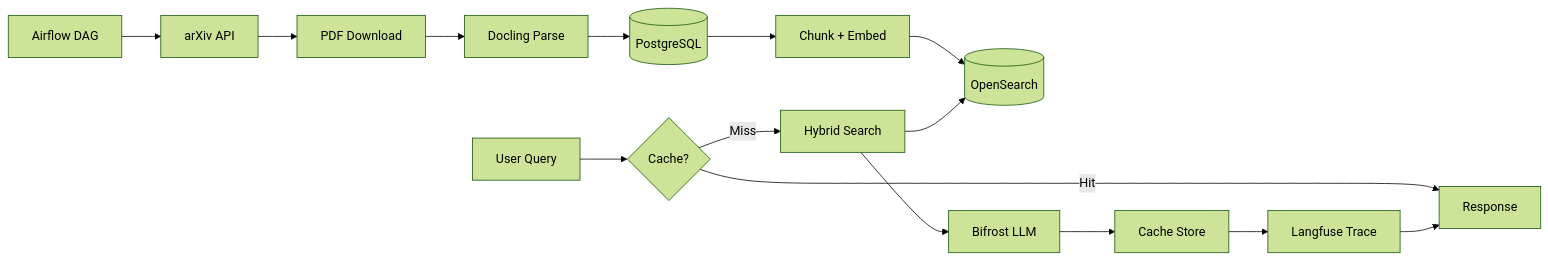
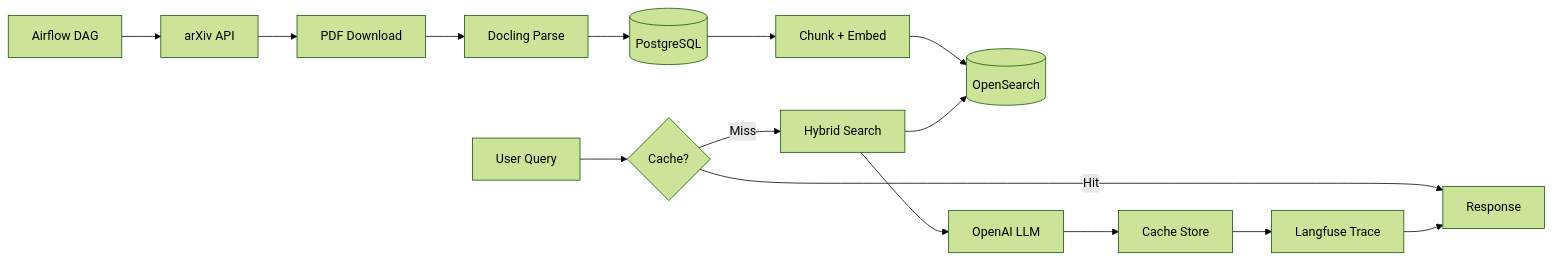
The diagram in docs/onboarding.md (apssouza22/production-rag), drawn with Mermaid (forest theme) before and after one commit. The commit also changed other lines of this file and 57 other files, not shown here.

````diff
--- a/docs/onboarding.md
+++ b/docs/onboarding.md
@@ -404,18 +362,18 @@
 ```mermaid
 flowchart LR
     A[Airflow DAG] --> B[arXiv API]
     B --> C[PDF Download]
     C --> D[Docling Parse]
     D --> E[(PostgreSQL)]
     E --> F[Chunk + Embed]
     F --> G[(OpenSearch)]
 
     H[User Query] --> I{Cache?}
     I -->|Hit| J[Response]
     I -->|Miss| K[Hybrid Search]
     K --> G
-    K --> L[Bifrost LLM]
+    K --> L[OpenAI LLM]
     L --> M[Cache Store]
     M --> N[Langfuse Trace]
     N --> J
 ```
````
